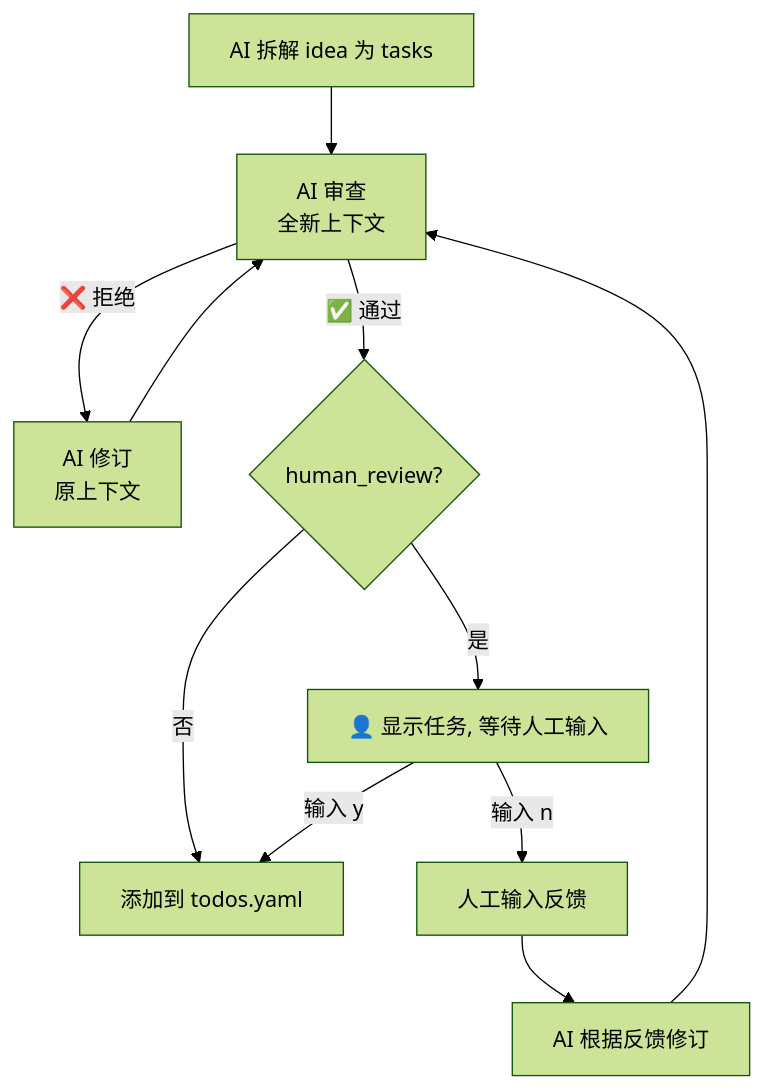
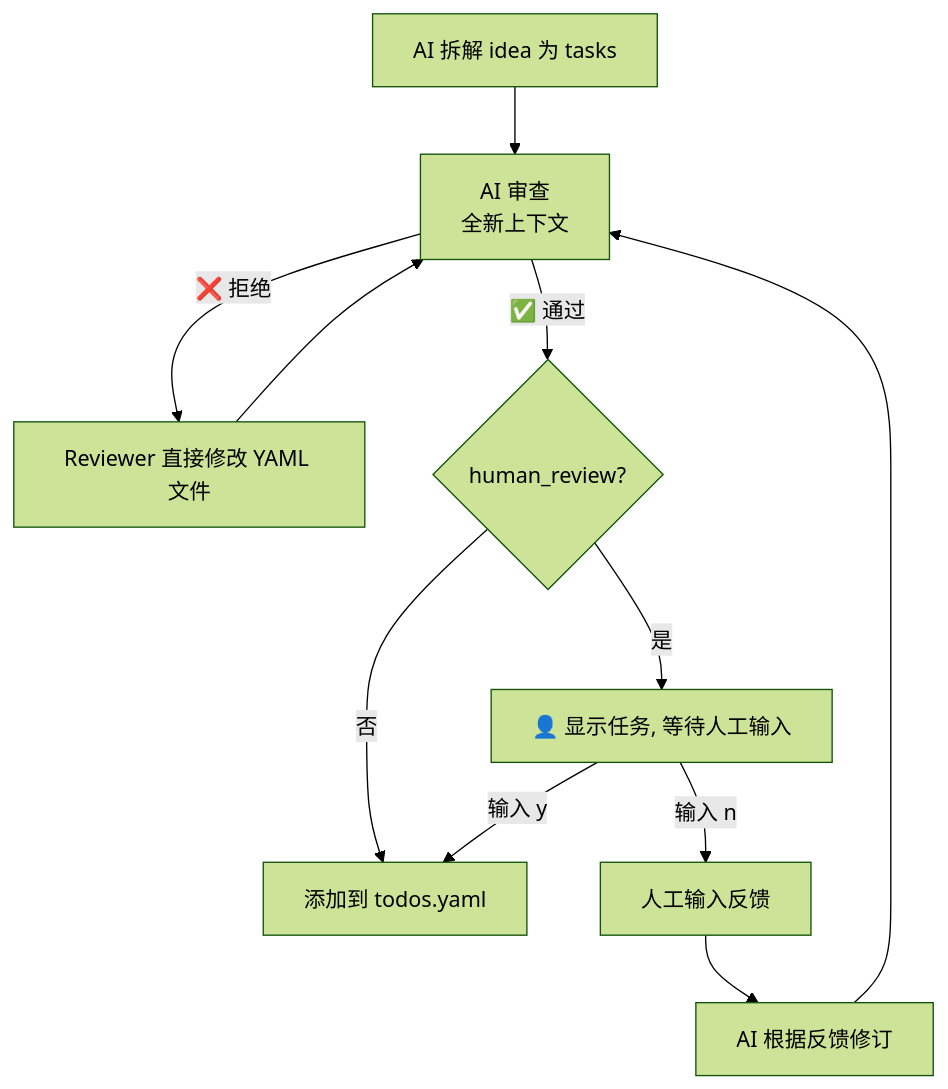
The third of 3 diagrams in doc/ARCHITECTURE.md (fxdgg/autoagent), drawn with Mermaid (forest theme) before and after one commit. The commit also changed other lines of this file and 4 other files, not shown here.

````diff
--- a/doc/ARCHITECTURE.md
+++ b/doc/ARCHITECTURE.md
@@ -2127,13 +2143,13 @@
 ```mermaid
 graph TD
     A[AI 拆解 idea 为 tasks] --> B[AI 审查<br/>全新上下文]
-    B -->|❌ 拒绝| C[AI 修订<br/>原上下文]
+    B -->|❌ 拒绝| C[Reviewer 直接修改 YAML 文件]
     C --> B
     B -->|✅ 通过| D{human_review?}
     D -->|否| E[添加到 todos.yaml]
     D -->|是| F["👤 显示任务, 等待人工输入"]
     F -->|输入 y| E
     F -->|输入 n| G[人工输入反馈]
     G --> H[AI 根据反馈修订]
     H --> B
 ```
````
